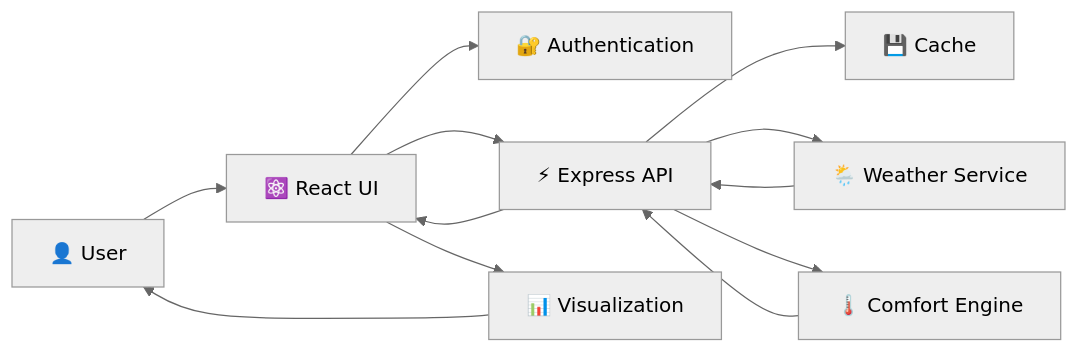
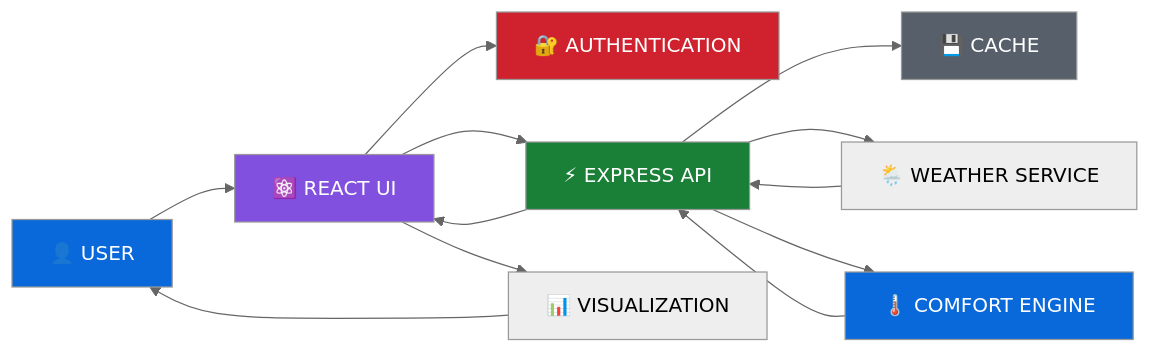
One commit to Ahamed369/Fidenz-Weather-App changed the sixth of 11 diagrams in README.md. Above: the diagram before and after it, drawn with Mermaid (neutral theme). The commit also changed other lines of this file, not shown here.

````diff
--- a/README.md
+++ b/README.md
@@ -619,27 +517,34 @@
 ```mermaid
 flowchart LR
 
-    USER["👤 User"]
-    UI["⚛️ React UI"]
-    AUTH["🔐 Authentication"]
-    API["⚡ Express API"]
-    CACHE["💾 Cache"]
-    SERVICE["🌦️ Weather Service"]
-    INDEX["🌡️ Comfort Engine"]
-    DISPLAY["📊 Visualization"]
+    USER["👤 USER"]
+    UI["⚛️ REACT UI"]
+    AUTH["🔐 AUTHENTICATION"]
+    API["⚡ EXPRESS API"]
+    CACHE["💾 CACHE"]
+    SERVICE["🌦️ WEATHER SERVICE"]
+    INDEX["🌡️ COMFORT ENGINE"]
+    DISPLAY["📊 VISUALIZATION"]
 
     USER --> UI
     UI --> AUTH
     UI --> API
 
     API --> CACHE
     API --> SERVICE
     API --> INDEX
 
     SERVICE --> API
     INDEX --> API
 
     API --> UI
     UI --> DISPLAY
     DISPLAY --> USER
+
+    style USER fill:#0969DA,color:#fff
+    style UI fill:#8250DF,color:#fff
+    style AUTH fill:#CF222E,color:#fff
+    style API fill:#1A7F37,color:#fff
+    style CACHE fill:#57606A,color:#fff
+    style INDEX fill:#0969DA,color:#fff
 ```
````
